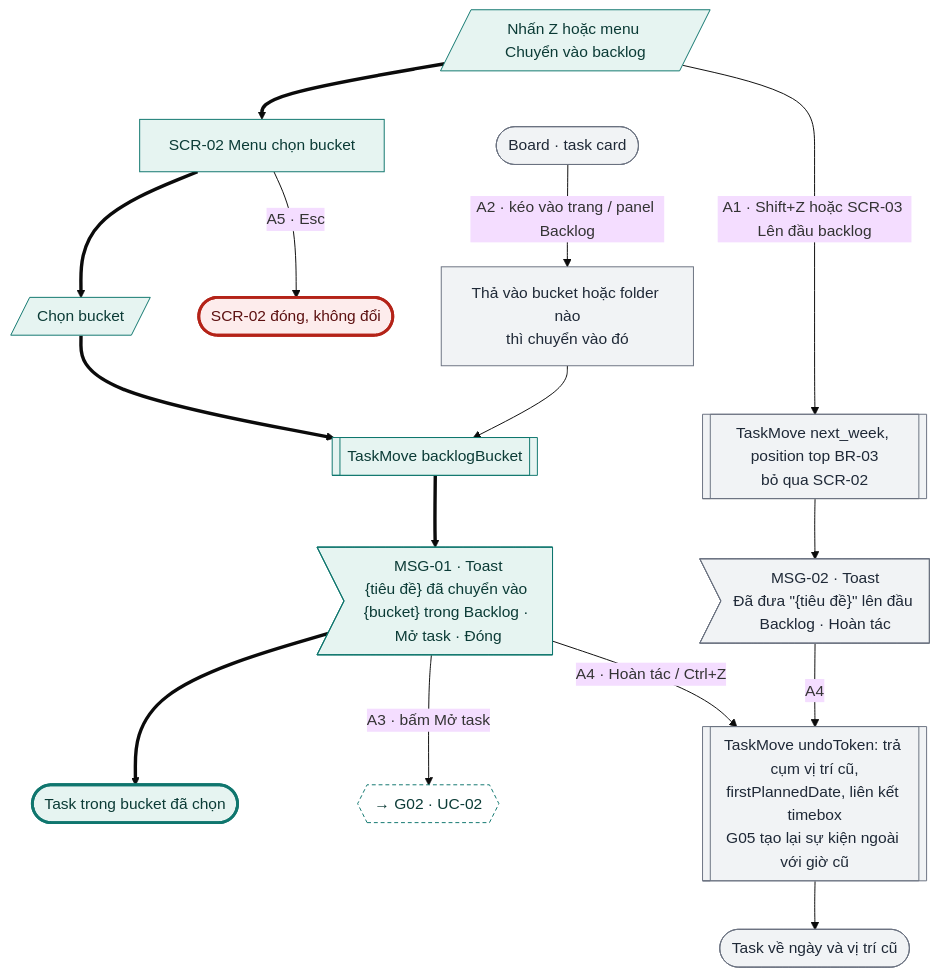
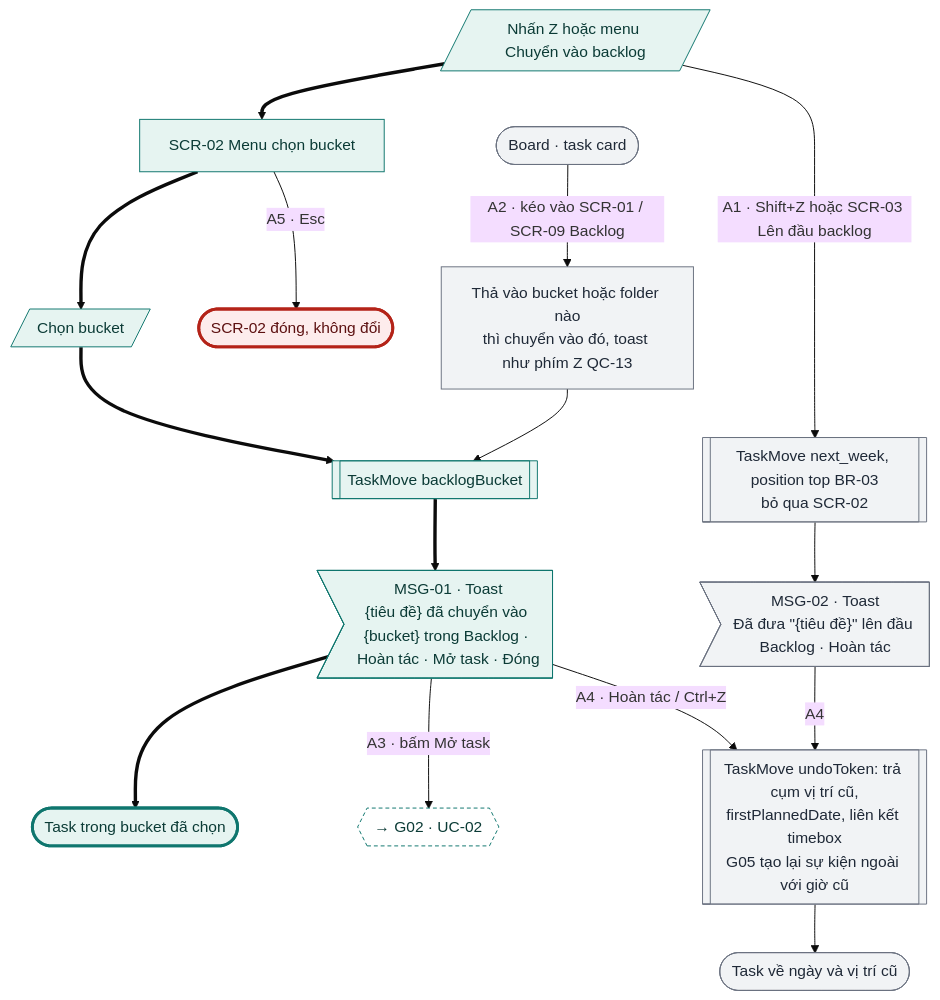
One commit to tannguyenho/personal-app changed the second of 18 diagrams in docs/design-brief/flow/g06-backlog-rollover.md. Above: the diagram before and after it, drawn with Mermaid (base theme). The commit also changed other lines of this file and 5 other files, not shown here.

First line of the commit message:
docs(G03, G06): áp quyết định PO 09/11 vào SRS, PRD, flow

````diff
--- a/docs/design-brief/flow/g06-backlog-rollover.md
+++ b/docs/design-brief/flow/g06-backlog-rollover.md
@@ -54,35 +54,35 @@
 ```mermaid
 flowchart TD
   u1[/"Nhấn Z hoặc menu Chuyển vào backlog"/]
   s1["SCR-02 Menu chọn bucket"]
   u2[/"Chọn bucket"/]
   p1[["TaskMove backlogBucket"]]
-  m1>"MSG-01 · Toast<br/>{tiêu đề} đã chuyển vào {bucket} trong Backlog · Mở task · Đóng"]
+  m1>"MSG-01 · Toast<br/>{tiêu đề} đã chuyển vào {bucket} trong Backlog · Hoàn tác · Mở task · Đóng"]
   ok(["Task trong bucket đã chọn"])
   u1 ==> s1 ==> u2 ==> p1 ==> m1 ==> ok
 
   u1 -->|"A1 · Shift+Z hoặc SCR-03 Lên đầu backlog"| a1[["TaskMove next_week, position top BR-03<br/>bỏ qua SCR-02"]]
   a1 --> a1m>"MSG-02 · Toast<br/>Đã đưa #quot;{tiêu đề}#quot; lên đầu Backlog · Hoàn tác"]
-  start2(["Board · task card"]) -->|"A2 · kéo vào trang / panel Backlog"| a2["Thả vào bucket hoặc folder nào<br/>thì chuyển vào đó"]
+  start2(["Board · task card"]) -->|"A2 · kéo vào SCR-01 / SCR-09 Backlog"| a2["Thả vào bucket hoặc folder nào<br/>thì chuyển vào đó, toast như phím Z QC-13"]
   a2 --> p1
   s1 -->|"A5 · Esc"| a5(["SCR-02 đóng, không đổi"])
   m1 -->|"A3 · bấm Mở task"| a3x{{"→ G02 · UC-02"}}
   m1 -->|"A4 · Hoàn tác / Ctrl+Z"| a4[["TaskMove undoToken: trả cụm vị trí cũ,<br/>firstPlannedDate, liên kết timebox<br/>G05 tạo lại sự kiện ngoài với giờ cũ"]]
   a1m -->|"A4"| a4
   a4 --> a4e(["Task về ngày và vị trí cũ"])
 
   class u1,s1,u2,p1,m1 happy
   class a1,a1m,start2,a2,a4,a4e alt
   class a3x link
   class a5 fail
   class ok done
   classDef happy fill:#E6F4F1,stroke:#0F766E,color:#0B3B36
   classDef alt fill:#F1F3F5,stroke:#6B7280,color:#1F2937
   classDef err fill:#FDECEC,stroke:#B42318,color:#5C1010
   classDef warn fill:#FEF4E2,stroke:#B45309,color:#4A2604
   classDef ai fill:#F1ECFD,stroke:#6D28D9,color:#2E1065
   classDef sync fill:#FFFFFF,stroke:#6B7280,stroke-dasharray:4 3,color:#1F2937
   classDef link fill:#FFFFFF,stroke:#0F766E,stroke-dasharray:4 3,color:#0B3B36
   classDef done fill:#E6F4F1,stroke:#0F766E,stroke-width:3px,color:#0B3B36
   classDef fail fill:#FDECEC,stroke:#B42318,stroke-width:3px,color:#5C1010
 ```
````
